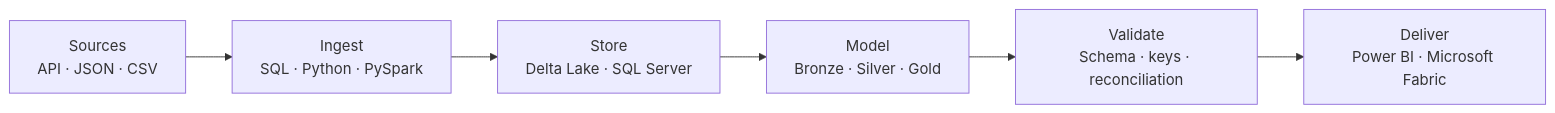
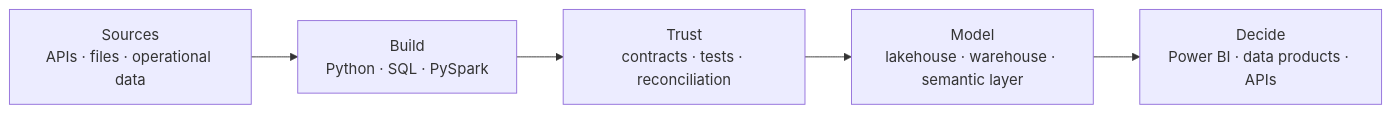
Before and after one commit to kelszn/kelszn: the diagram in README.md, drawn with Mermaid. The commit also changed other lines of this file, not shown here.

````diff
--- a/README.md
+++ b/README.md
@@ -19,8 +21,7 @@
 ```mermaid
 flowchart LR
-    A["Sources<br/>API · JSON · CSV"] --> B["Ingest<br/>SQL · Python · PySpark"]
-    B --> C["Store<br/>Delta Lake · SQL Server"]
-    C --> D["Model<br/>Bronze · Silver · Gold"]
-    D --> E["Validate<br/>Schema · keys · reconciliation"]
-    E --> F["Deliver<br/>Power BI · Microsoft Fabric"]
+    A["Sources<br/>APIs · files · operational data"] --> B["Build<br/>Python · SQL · PySpark"]
+    B --> C["Trust<br/>contracts · tests · reconciliation"]
+    C --> D["Model<br/>lakehouse · warehouse · semantic layer"]
+    D --> E["Decide<br/>Power BI · data products · APIs"]
 ```
````
